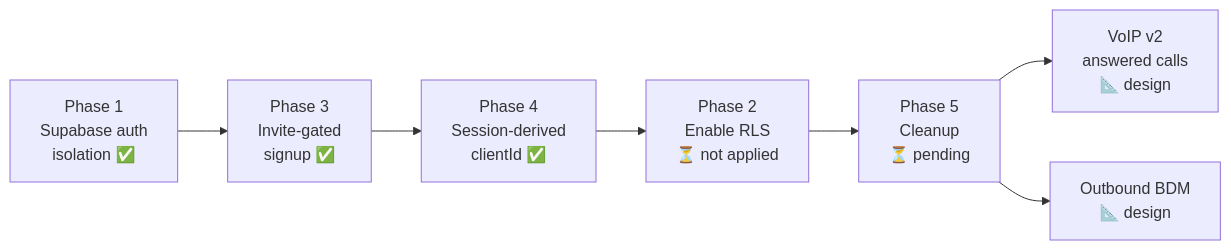
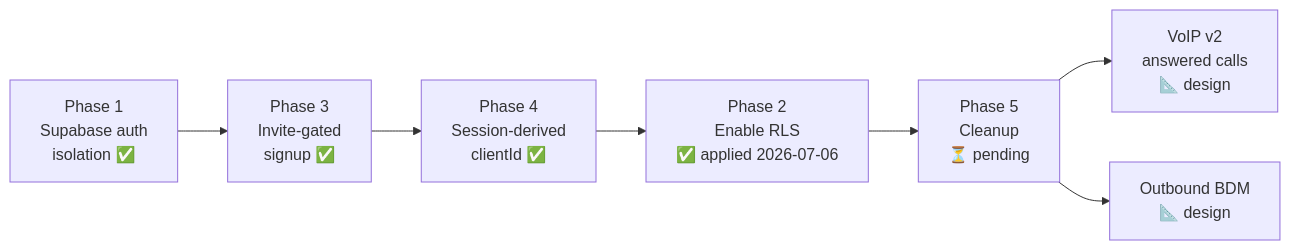
One commit to Foxtrot15/call-recorder changed the second of 2 diagrams in docs/INDEX.md. Above: the diagram before and after it, drawn with Mermaid. The commit also changed other lines of this file and 1 other file, not shown here.

First line of the commit message:
docs: record Phase 2 RLS + personal_contacts as applied (2026-07-06)

````diff
--- a/docs/INDEX.md
+++ b/docs/INDEX.md
@@ -134,18 +134,18 @@
 ```mermaid
 flowchart LR
     P1["Phase 1<br/>Supabase auth<br/>isolation ✅"]
-    P2["Phase 2<br/>Enable RLS<br/>⏳ not applied"]
+    P2["Phase 2<br/>Enable RLS<br/>✅ applied 2026-07-06"]
     P3["Phase 3<br/>Invite-gated<br/>signup ✅"]
     P4["Phase 4<br/>Session-derived<br/>clientId ✅"]
     P5["Phase 5<br/>Cleanup<br/>⏳ pending"]
     V2["VoIP v2<br/>answered calls<br/>📐 design"]
     BDM["Outbound BDM<br/>📐 design"]
 
     P1 --> P3 --> P4 --> P2 --> P5 --> V2
     P5 --> BDM
 
     click P2 "../supabase/sql/RLS_APPLY_CHECKLIST.md"
     click P5 "../PHASE_5_PLAN.md"
     click V2 "VOIP_V2_ARCHITECTURE.md"
     click BDM "OUTBOUND_BDM_ARCHITECTURE.md"
 ```
````
